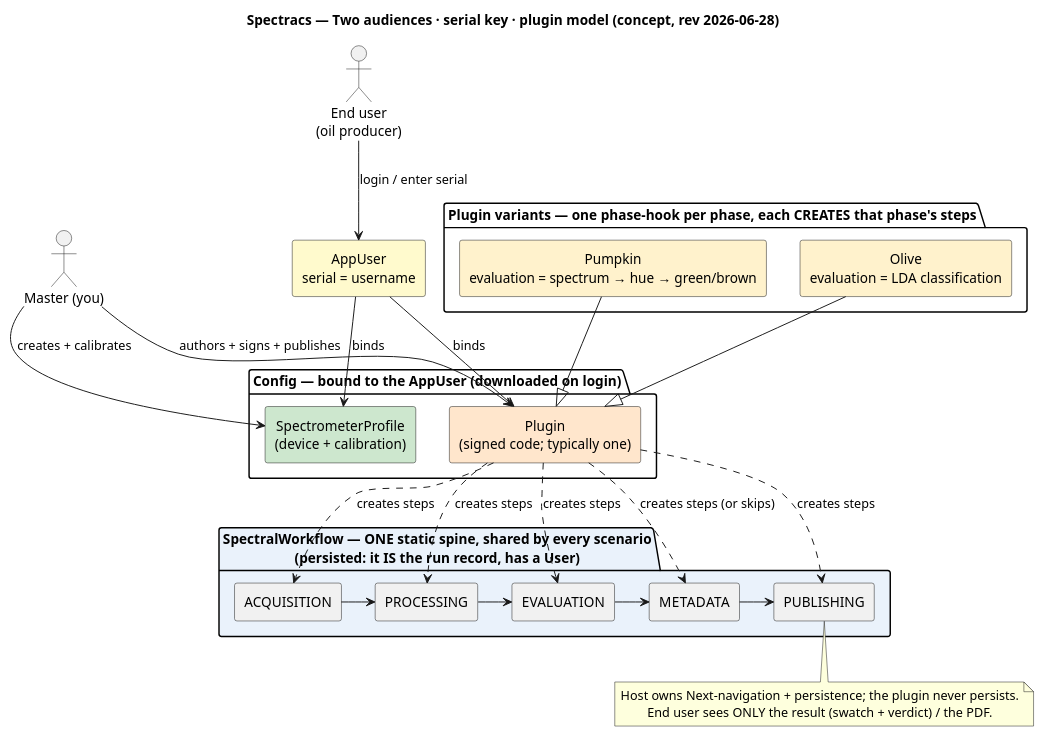
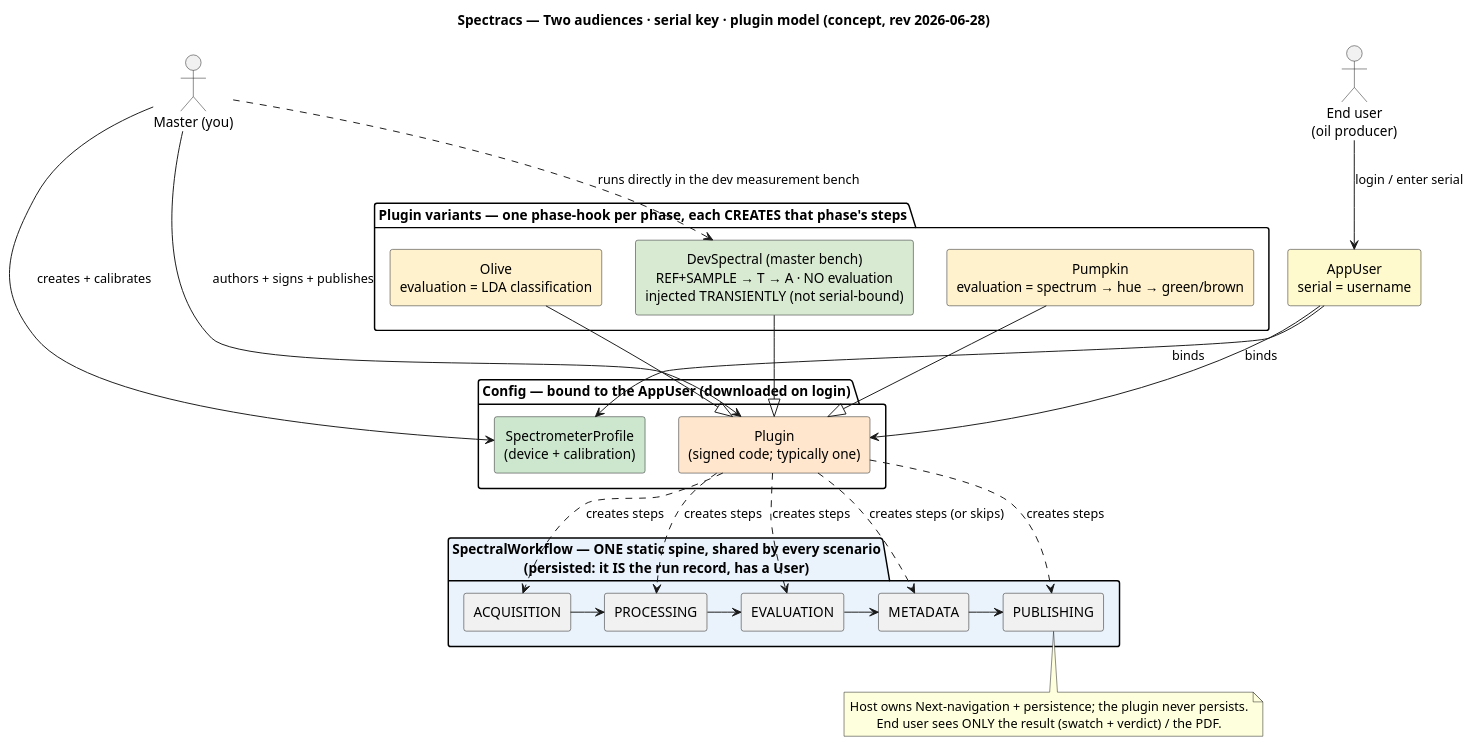
The diagram in plugin_model.puml (nidwe72/spectracs-docs), drawn with PlantUML before and after one commit. The commit also changed 4 other files, not shown here.

First line of the commit message:
Roadmap: dev measurement bench + SM2 real calibration done

```diff
--- a/plugin_model.puml
+++ b/plugin_model.puml
@@ -1,53 +1,56 @@
 @startuml plugin_model
 title Spectracs — Two audiences · serial key · plugin model (concept, rev 2026-06-28)
 
 skinparam shadowing false
 skinparam componentStyle rectangle
 skinparam defaultTextAlignment center
 
 actor "Master (you)" as M
 actor "End user\n(oil producer)" as E
 
 component "AppUser\nserial = username" as S #FFFACD
 
 package "Config — bound to the AppUser (downloaded on login)" {
   component "SpectrometerProfile\n(device + calibration)" as P #CDE7CE
   component "Plugin\n(signed code; typically one)" as PM #FFE6CC
 }
 
 package "SpectralWorkflow — ONE static spine, shared by every scenario\n(persisted: it IS the run record, has a User)" #EAF2FB {
   component "ACQUISITION" as A
   component "PROCESSING" as PR
   component "EVALUATION" as EV
   component "METADATA" as MD
   component "PUBLISHING" as PB
   A -> PR
   PR -> EV
   EV -> MD
   MD -> PB
 }
 
 package "Plugin variants — one phase-hook per phase, each CREATES that phase's steps" {
   component "Pumpkin\nevaluation = spectrum → hue → green/brown" as PU #FFF2CC
   component "Olive\nevaluation = LDA classification" as OL #FFF2CC
+  component "DevSpectral (master bench)\nREF+SAMPLE → T → A · NO evaluation\ninjected TRANSIENTLY (not serial-bound)" as DV #D9EAD3
 }
 
 M --> P  : creates + calibrates
 M --> PM : authors + signs + publishes
 E --> S  : login / enter serial
 S --> P  : binds
 S --> PM : binds
 PM ..> A  : creates steps
 PM ..> PR : creates steps
 PM ..> EV : creates steps
 PM ..> MD : creates steps (or skips)
 PM ..> PB : creates steps
 PU --|> PM
 OL --|> PM
+DV --|> PM
+M ..> DV : runs directly in the dev measurement bench
 
 note bottom of PB
   Host owns Next-navigation + persistence; the plugin never persists.
   End user sees ONLY the result (swatch + verdict) / the PDF.
 end note
 
 @enduml
```
